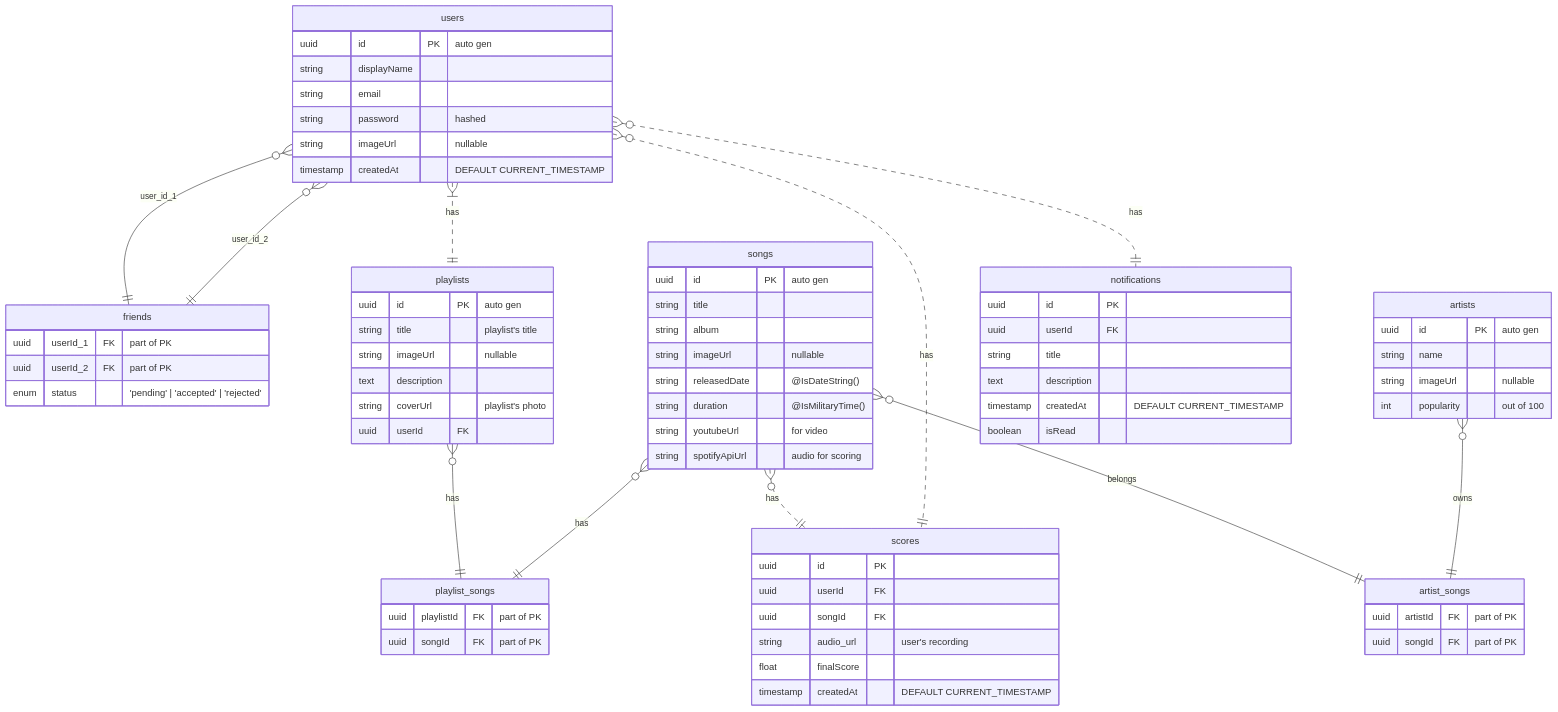
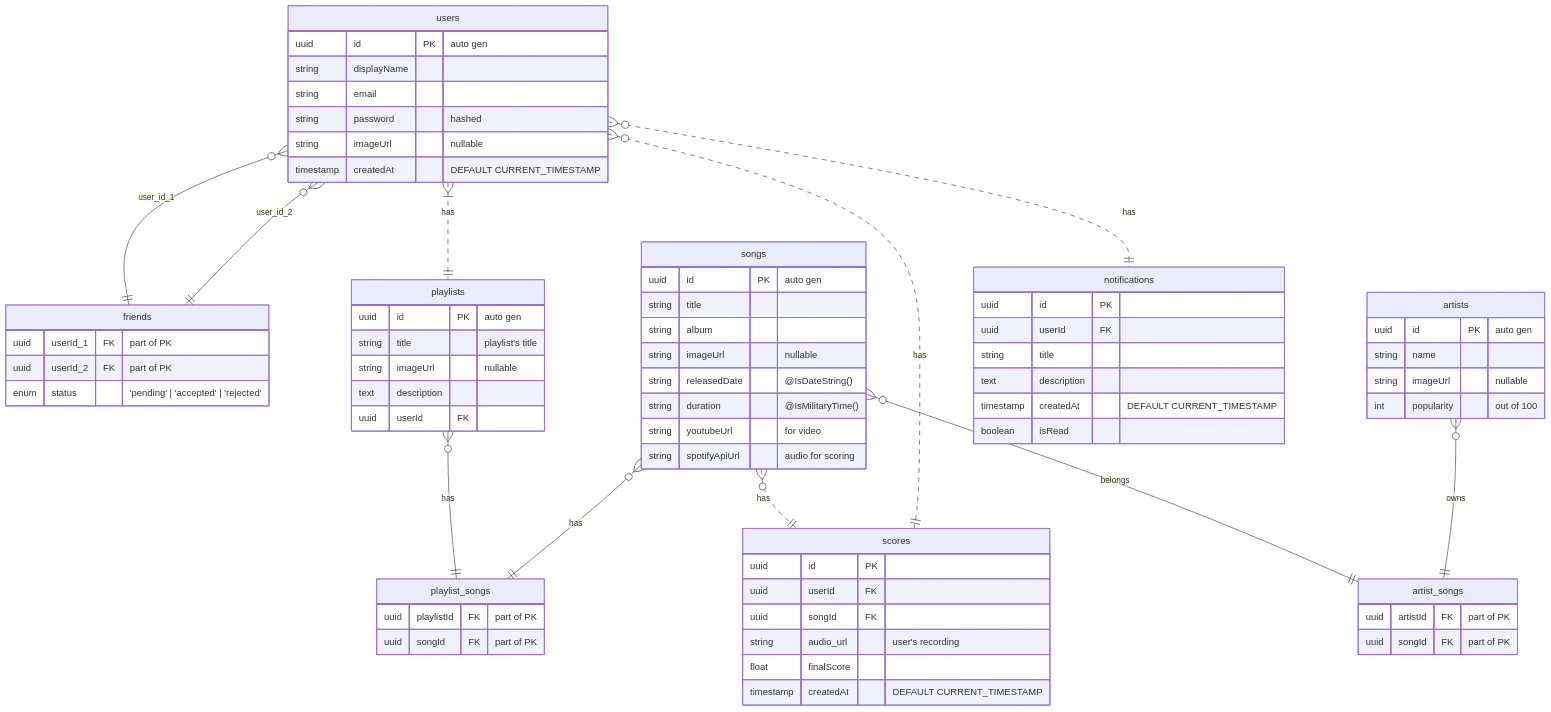
Before and after one commit to manoke-uit/.github: the first of 2 diagrams in README.md, drawn with Mermaid.

Commit message:
fix: minor fix

````diff
--- a/README.md
+++ b/README.md
@@ -2,76 +2,75 @@
 ``` mermaid
 erDiagram
     users {
         uuid id PK "auto gen"
         string displayName
         string email
         string password "hashed"
         string imageUrl "nullable"
         timestamp createdAt "DEFAULT CURRENT_TIMESTAMP"
     }
     friends {
         uuid userId_1 FK "part of PK"
         uuid userId_2 FK "part of PK"
         enum status "'pending' | 'accepted' | 'rejected'"
     }
     songs {
         uuid id PK "auto gen"
         string title
         string album
         string imageUrl "nullable"
         string releasedDate "@IsDateString()"
         string duration "@IsMilitaryTime()" 
         string youtubeUrl "for video"
         string spotifyApiUrl "audio for scoring"
     }
     playlists {
         uuid id PK "auto gen"
         string title "playlist's title"
         string imageUrl "nullable"
         text description
-        string coverUrl "playlist's photo"
         uuid userId FK
     }
     playlist_songs {
         uuid playlistId FK "part of PK"
         uuid songId FK "part of PK"
     }
     artists {
         uuid id PK "auto gen"
         string name
         string imageUrl "nullable"
         int popularity "out of 100"
     }
     artist_songs {
         uuid artistId FK "part of PK"
         uuid songId FK "part of PK"
     }
     scores {
         uuid id PK
         uuid userId FK
         uuid songId FK
         string audio_url "user's recording"
         float finalScore
         timestamp createdAt "DEFAULT CURRENT_TIMESTAMP"
     }
     notifications {
         uuid id PK
         uuid userId FK
         string title
         text description
         timestamp createdAt "DEFAULT CURRENT_TIMESTAMP"
         boolean isRead
     }
     
     songs }o--|| artist_songs: belongs
     users }o..|| notifications: has
     users }o--|| friends: user_id_1
     users }o--|| friends: user_id_2
     users }|..|| playlists: has
     songs }o..|| scores: has
     users }o..|| scores: has
     playlists }o--|| playlist_songs: has
     songs }o--|| playlist_songs: has
     artists }o--|| artist_songs: owns
     
 ```
````
